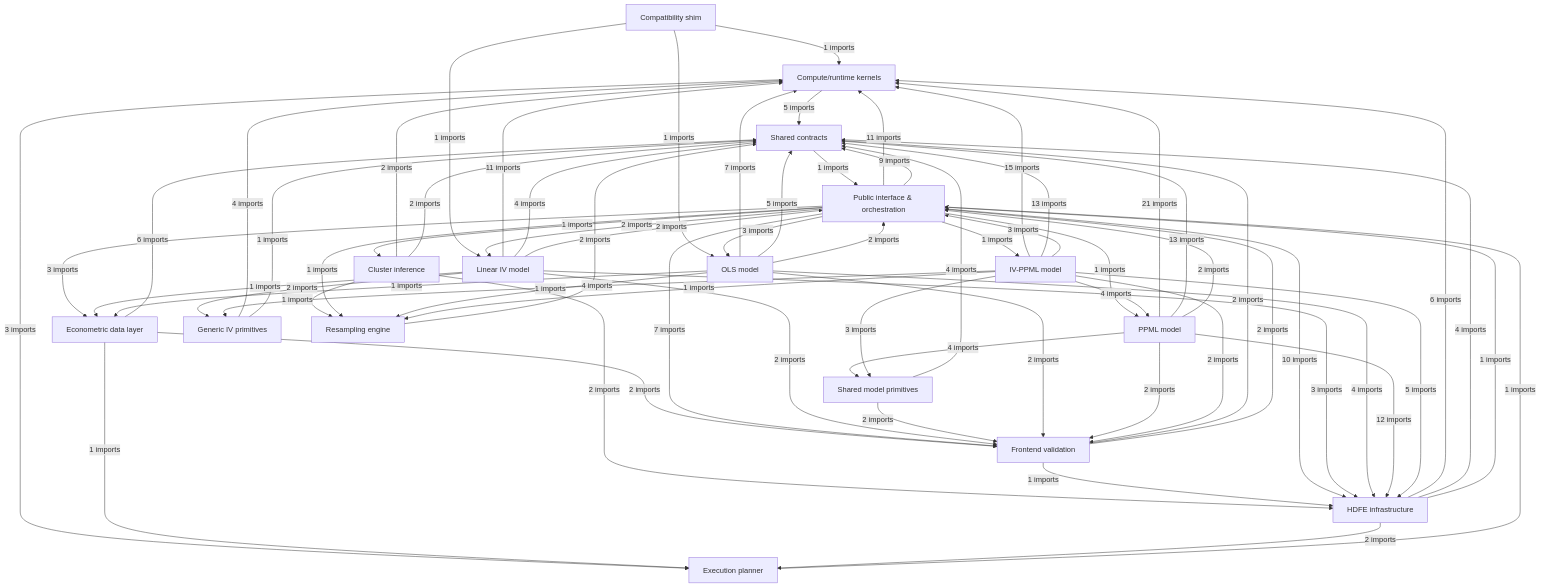
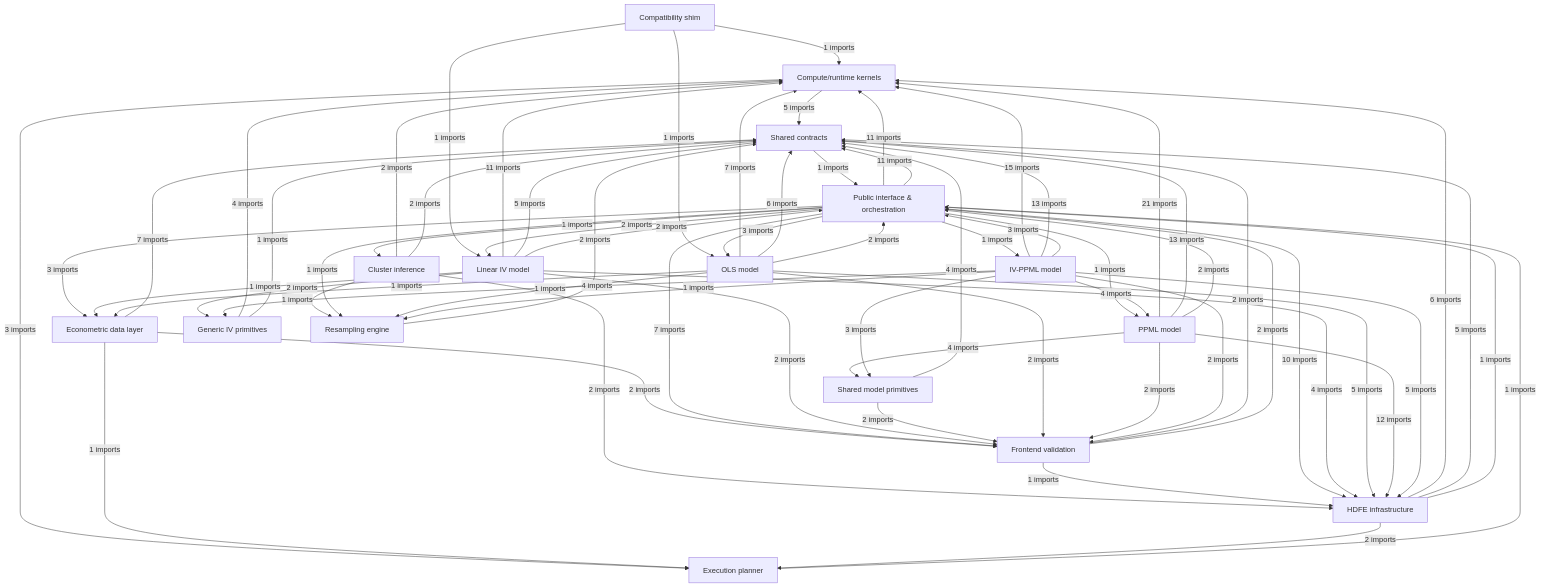
One commit to asggvhwgw-glitch/EconHDFE changed the first of 8 diagrams in docs/development/architecture-map/architecture.md. Above: the diagram before and after it, drawn with Mermaid. The commit also changed other lines of this file and 36 other files, not shown here.

```diff
--- a/docs/development/architecture-map/architecture.md
+++ b/docs/development/architecture-map/architecture.md
@@ -34,19 +34,19 @@
   n_compute -->|"5 imports"| n_contracts
   n_compute -->|"3 imports"| n_planner
   n_contracts -->|"1 imports"| n_interface
-  n_data -->|"6 imports"| n_contracts
+  n_data -->|"7 imports"| n_contracts
   n_data -->|"2 imports"| n_frontend
   n_data -->|"1 imports"| n_planner
   n_frontend -->|"2 imports"| n_contracts
   n_frontend -->|"1 imports"| n_hdfe
   n_frontend -->|"2 imports"| n_interface
   n_hdfe -->|"6 imports"| n_compute
-  n_hdfe -->|"4 imports"| n_contracts
+  n_hdfe -->|"5 imports"| n_contracts
   n_hdfe -->|"1 imports"| n_interface
   n_hdfe -->|"2 imports"| n_planner
   n_interface -->|"1 imports"| n_cluster_inference
   n_interface -->|"11 imports"| n_compute
-  n_interface -->|"9 imports"| n_contracts
+  n_interface -->|"11 imports"| n_contracts
   n_interface -->|"3 imports"| n_data
   n_interface -->|"7 imports"| n_frontend
   n_interface -->|"10 imports"| n_hdfe
@@ -58,19 +58,19 @@
   n_iv -->|"4 imports"| n_compute
   n_iv -->|"1 imports"| n_contracts
   n_linear_iv -->|"11 imports"| n_compute
-  n_linear_iv -->|"4 imports"| n_contracts
+  n_linear_iv -->|"5 imports"| n_contracts
   n_linear_iv -->|"1 imports"| n_data
   n_linear_iv -->|"2 imports"| n_frontend
-  n_linear_iv -->|"3 imports"| n_hdfe
+  n_linear_iv -->|"4 imports"| n_hdfe
   n_linear_iv -->|"2 imports"| n_interface
   n_linear_iv -->|"2 imports"| n_iv
   n_model_shared -->|"4 imports"| n_contracts
   n_model_shared -->|"2 imports"| n_frontend
   n_ols -->|"7 imports"| n_compute
-  n_ols -->|"5 imports"| n_contracts
+  n_ols -->|"6 imports"| n_contracts
   n_ols -->|"1 imports"| n_data
   n_ols -->|"2 imports"| n_frontend
-  n_ols -->|"4 imports"| n_hdfe
+  n_ols -->|"5 imports"| n_hdfe
   n_ols -->|"2 imports"| n_interface
   n_ols -->|"1 imports"| n_resampling
   n_planner -->|"1 imports"| n_interface
```
